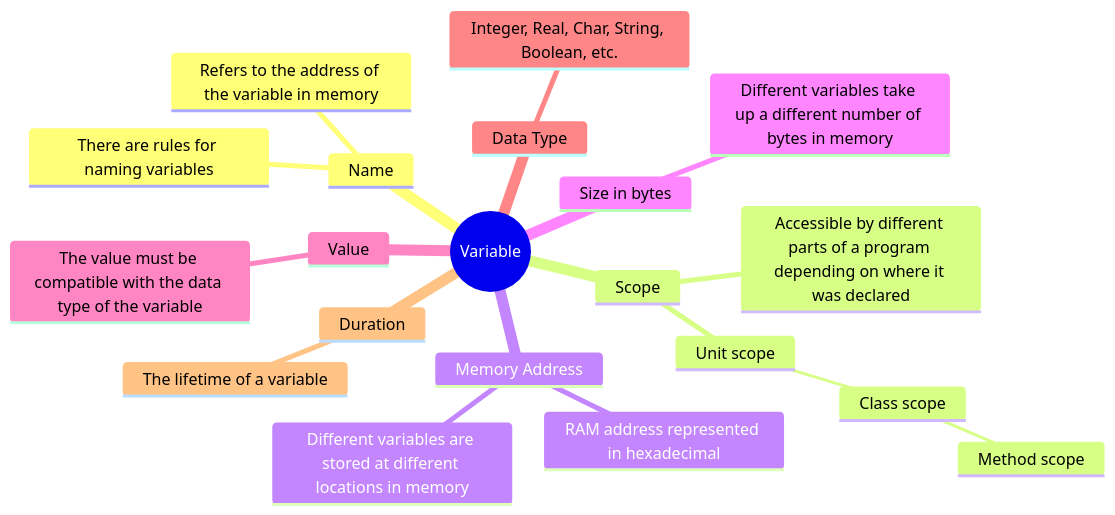
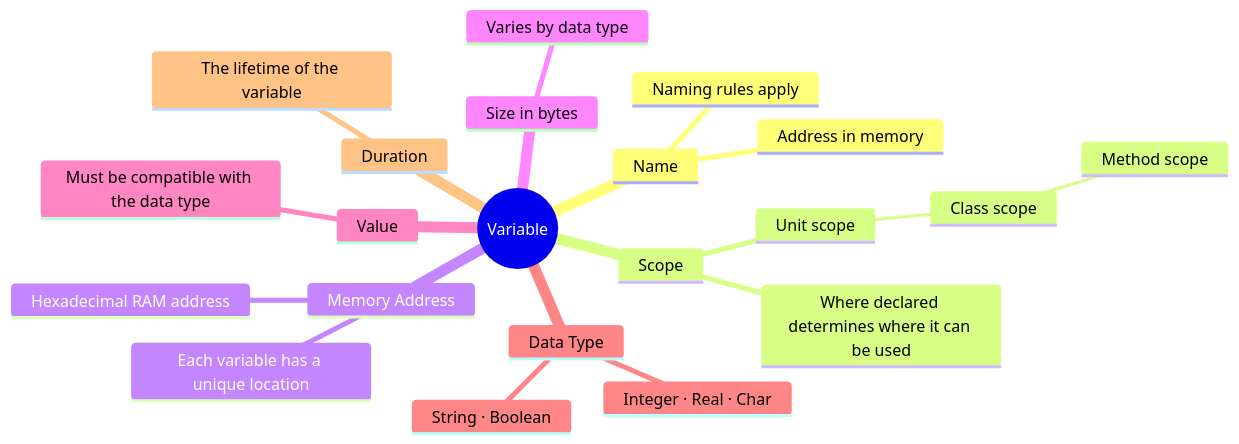
Before and after one commit to MrCooksIT/it-gateway: the diagram in docs/practical/delphi/variables.md, drawn with Mermaid. The commit also changed 3 other files, not shown here.

First line of the commit message:
Improve Mermaid diagrams: colours, shapes, and layout

````diff
--- a/docs/practical/delphi/variables.md
+++ b/docs/practical/delphi/variables.md
@@ -29,23 +29,24 @@
 ```mermaid
 mindmap
   root((Variable))
     Name
-      Refers to the address of the variable in memory
-      There are rules for naming variables
+      Address in memory
+      Naming rules apply
     Scope
       Unit scope
         Class scope
           Method scope
-      Accessible by different parts of a program depending on where it was declared
+      Where declared determines where it can be used
     Memory Address
-      RAM address represented in hexadecimal
-      Different variables are stored at different locations in memory
+      Hexadecimal RAM address
+      Each variable has a unique location
     Size in bytes
-      Different variables take up a different number of bytes in memory
+      Varies by data type
     Value
-      The value must be compatible with the data type of the variable
+      Must be compatible with the data type
     Data Type
-      Integer, Real, Char, String, Boolean, etc.
+      Integer · Real · Char
+      String · Boolean
     Duration
-      The lifetime of a variable
+      The lifetime of the variable
 ```
````
